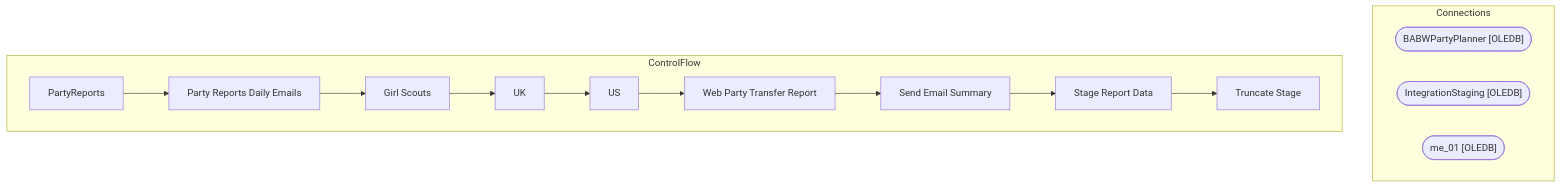
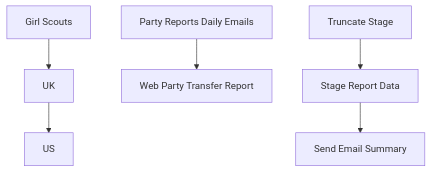
Before and after one commit to juanandresbrain/BABSkills: the diagram in bab-docs-explorer/Documentation/STL-SSIS-P-01/SSIS/SSIS/PartyReports.PartyReports.md, drawn with Mermaid. The commit also changed other lines of this file and 273 other files, not shown here.

````diff
--- a/bab-docs-explorer/Documentation/STL-SSIS-P-01/SSIS/SSIS/PartyReports.PartyReports.md
+++ b/bab-docs-explorer/Documentation/STL-SSIS-P-01/SSIS/SSIS/PartyReports.PartyReports.md
@@ -9,27 +44,16 @@
 ```mermaid
 flowchart TD
-    subgraph Connections
-        BABWPartyPlanner_conn(["BABWPartyPlanner [OLEDB]"])
-        IntegrationStaging_conn(["IntegrationStaging [OLEDB]"])
-        me_01_conn(["me_01 [OLEDB]"])
-    end
-    subgraph ControlFlow
-        PartyReports_task["PartyReports"]
-        Party_Reports_Daily_Emails_task["Party Reports Daily Emails"]
-        PartyReports_task --> Party_Reports_Daily_Emails_task
-        Girl_Scouts_task["Girl Scouts"]
-        Party_Reports_Daily_Emails_task --> Girl_Scouts_task
-        UK_task["UK"]
-        Girl_Scouts_task --> UK_task
-        US_task["US"]
-        UK_task --> US_task
-        Web_Party_Transfer_Report_task["Web Party Transfer Report"]
-        US_task --> Web_Party_Transfer_Report_task
-        Send_Email_Summary_task["Send Email Summary"]
-        Web_Party_Transfer_Report_task --> Send_Email_Summary_task
-        Stage_Report_Data_task["Stage Report Data"]
-        Send_Email_Summary_task --> Stage_Report_Data_task
-        Truncate_Stage_task["Truncate Stage"]
-        Stage_Report_Data_task --> Truncate_Stage_task
-    end
+    n_Package_Party_Reports_Daily_Emails["Party Reports Daily Emails"]
+    n_Package_Party_Reports_Daily_Emails_Girl_Scouts["Girl Scouts"]
+    n_Package_Party_Reports_Daily_Emails_UK["UK"]
+    n_Package_Party_Reports_Daily_Emails_US["US"]
+    n_Package_Web_Party_Transfer_Report["Web Party Transfer Report"]
+    n_Package_Web_Party_Transfer_Report_Send_Email_Summary["Send Email Summary"]
+    n_Package_Web_Party_Transfer_Report_Stage_Report_Data["Stage Report Data"]
+    n_Package_Web_Party_Transfer_Report_Truncate_Stage["Truncate Stage"]
+    n_Package_Party_Reports_Daily_Emails_Girl_Scouts --> n_Package_Party_Reports_Daily_Emails_UK
+    n_Package_Party_Reports_Daily_Emails_UK --> n_Package_Party_Reports_Daily_Emails_US
+    n_Package_Web_Party_Transfer_Report_Truncate_Stage --> n_Package_Web_Party_Transfer_Report_Stage_Report_Data
+    n_Package_Web_Party_Transfer_Report_Stage_Report_Data --> n_Package_Web_Party_Transfer_Report_Send_Email_Summary
+    n_Package_Party_Reports_Daily_Emails --> n_Package_Web_Party_Transfer_Report
 ```
````
